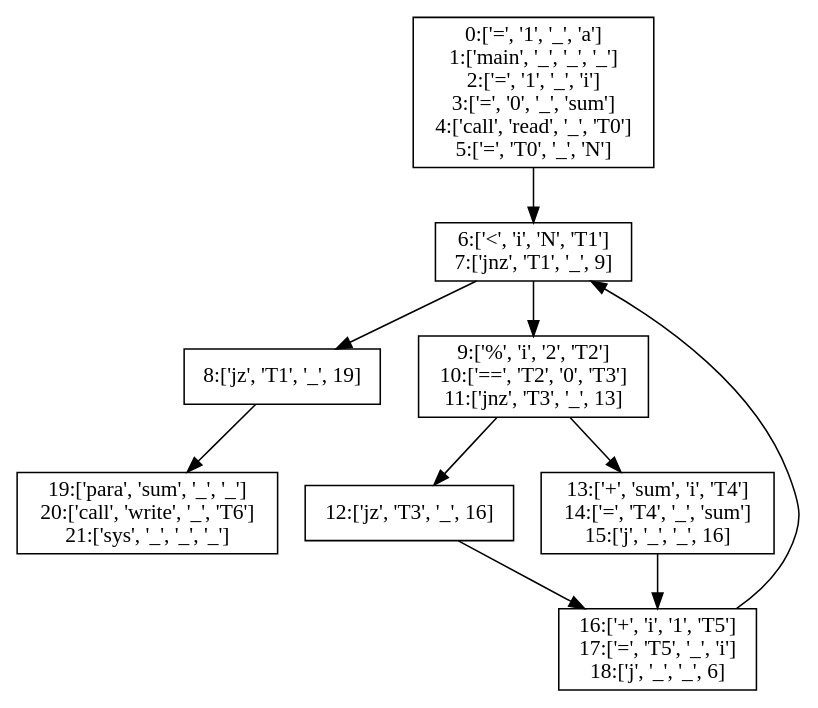
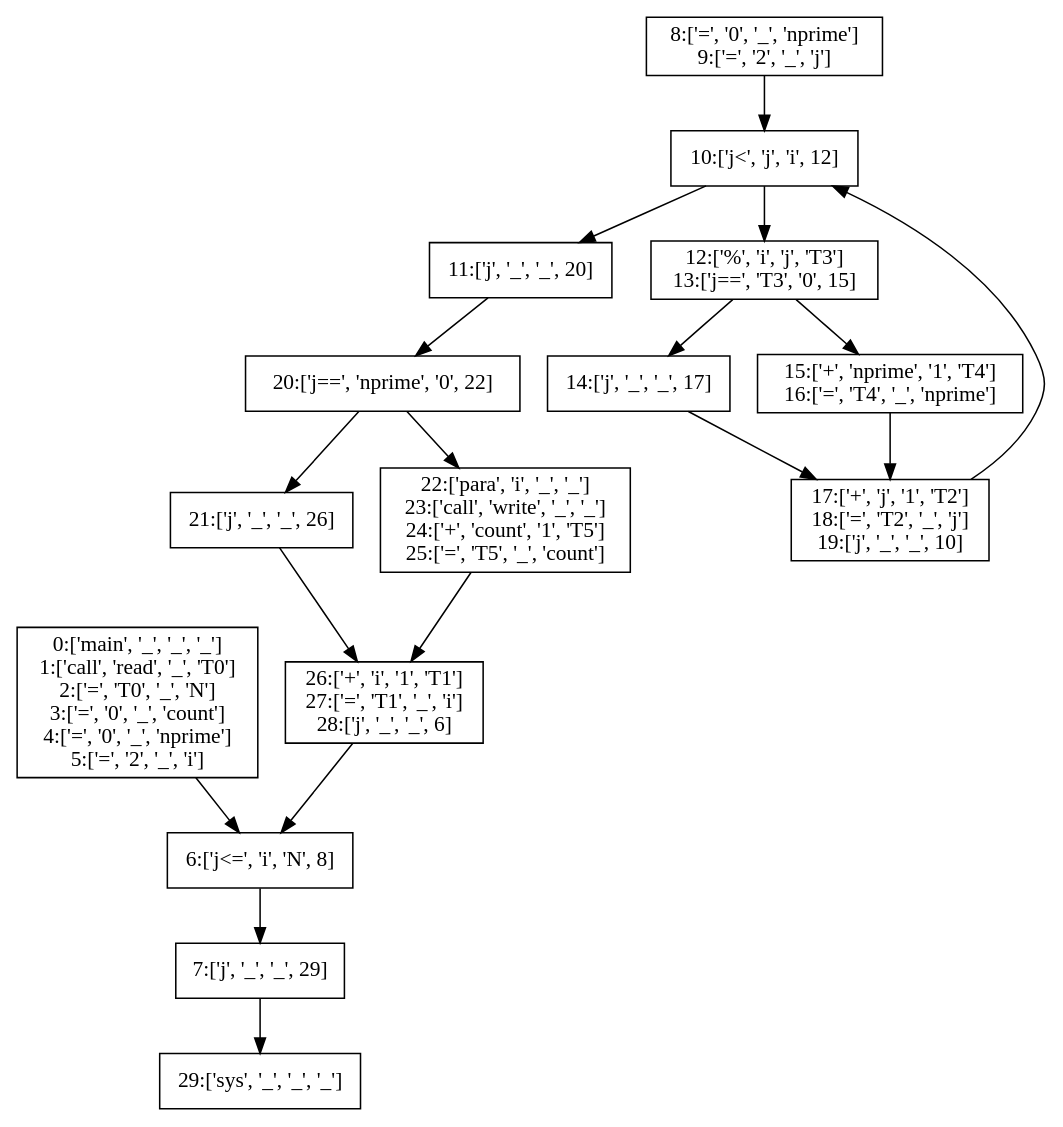
Before and after one commit to hutao99/compiler: the diagram in Basic_Block/basic_block.gv, drawn with Graphviz. The commit also changed 7 other files, not shown here.

```diff
--- a/Basic_Block/basic_block.gv
+++ b/Basic_Block/basic_block.gv
@@ -1,42 +1,65 @@
 // Basic_Block
 digraph "./Basic_Block/basic_block" {
-	0 [label="0:['=', '1', '_', 'a']
-1:['main', '_', '_', '_']
-2:['=', '1', '_', 'i']
-3:['=', '0', '_', 'sum']
-4:['call', 'read', '_', 'T0']
-5:['=', 'T0', '_', 'N']
+	0 [label="0:['main', '_', '_', '_']
+1:['call', 'read', '_', 'T0']
+2:['=', 'T0', '_', 'N']
+3:['=', '0', '_', 'count']
+4:['=', '0', '_', 'nprime']
+5:['=', '2', '_', 'i']
 " fontname=SimHei shape=rectangle]
-	1 [label="6:['<', 'i', 'N', 'T1']
-7:['jnz', 'T1', '_', 9]
+	1 [label="6:['j<=', 'i', 'N', 8]
 " fontname=SimHei shape=rectangle]
-	2 [label="8:['jz', 'T1', '_', 19]
+	2 [label="7:['j', '_', '_', 29]
 " fontname=SimHei shape=rectangle]
-	3 [label="9:['%', 'i', '2', 'T2']
-10:['==', 'T2', '0', 'T3']
-11:['jnz', 'T3', '_', 13]
+	3 [label="8:['=', '0', '_', 'nprime']
+9:['=', '2', '_', 'j']
 " fontname=SimHei shape=rectangle]
-	4 [label="12:['jz', 'T3', '_', 16]
+	4 [label="10:['j<', 'j', 'i', 12]
 " fontname=SimHei shape=rectangle]
-	5 [label="13:['+', 'sum', 'i', 'T4']
-14:['=', 'T4', '_', 'sum']
-15:['j', '_', '_', 16]
+	5 [label="11:['j', '_', '_', 20]
 " fontname=SimHei shape=rectangle]
-	6 [label="16:['+', 'i', '1', 'T5']
-17:['=', 'T5', '_', 'i']
-18:['j', '_', '_', 6]
+	6 [label="12:['%', 'i', 'j', 'T3']
+13:['j==', 'T3', '0', 15]
 " fontname=SimHei shape=rectangle]
-	7 [label="19:['para', 'sum', '_', '_']
-20:['call', 'write', '_', 'T6']
-21:['sys', '_', '_', '_']
+	7 [label="14:['j', '_', '_', 17]
+" fontname=SimHei shape=rectangle]
+	8 [label="15:['+', 'nprime', '1', 'T4']
+16:['=', 'T4', '_', 'nprime']
+" fontname=SimHei shape=rectangle]
+	9 [label="17:['+', 'j', '1', 'T2']
+18:['=', 'T2', '_', 'j']
+19:['j', '_', '_', 10]
+" fontname=SimHei shape=rectangle]
+	10 [label="20:['j==', 'nprime', '0', 22]
+" fontname=SimHei shape=rectangle]
+	11 [label="21:['j', '_', '_', 26]
+" fontname=SimHei shape=rectangle]
+	12 [label="22:['para', 'i', '_', '_']
+23:['call', 'write', '_', '_']
+24:['+', 'count', '1', 'T5']
+25:['=', 'T5', '_', 'count']
+" fontname=SimHei shape=rectangle]
+	13 [label="26:['+', 'i', '1', 'T1']
+27:['=', 'T1', '_', 'i']
+28:['j', '_', '_', 6]
+" fontname=SimHei shape=rectangle]
+	14 [label="29:['sys', '_', '_', '_']
 " fontname=SimHei shape=rectangle]
 	0 -> 1
-	1 -> 3
 	1 -> 2
-	2 -> 7
-	3 -> 5
+	2 -> 14
 	3 -> 4
 	4 -> 6
-	5 -> 6
-	6 -> 1
+	4 -> 5
+	5 -> 10
+	6 -> 8
+	6 -> 7
+	7 -> 9
+	8 -> 9
+	9 -> 4
+	10 -> 12
+	10 -> 11
+	11 -> 13
+	12 -> 13
+	13 -> 1
 }
```
